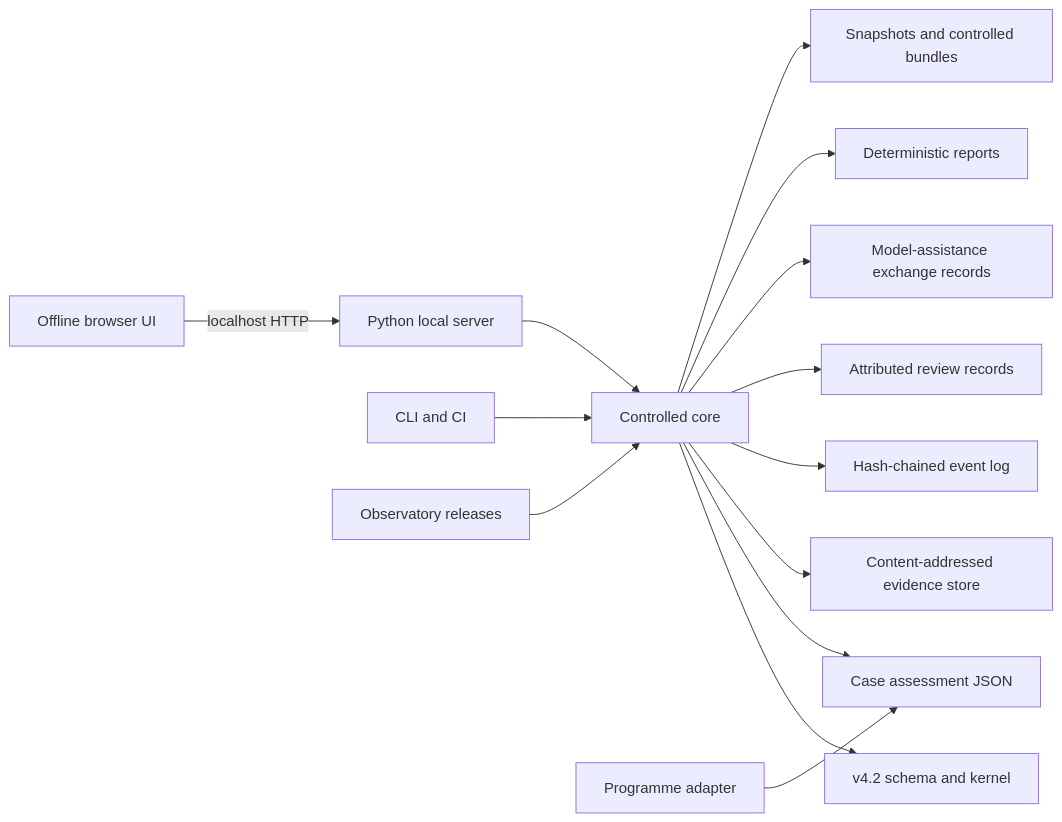
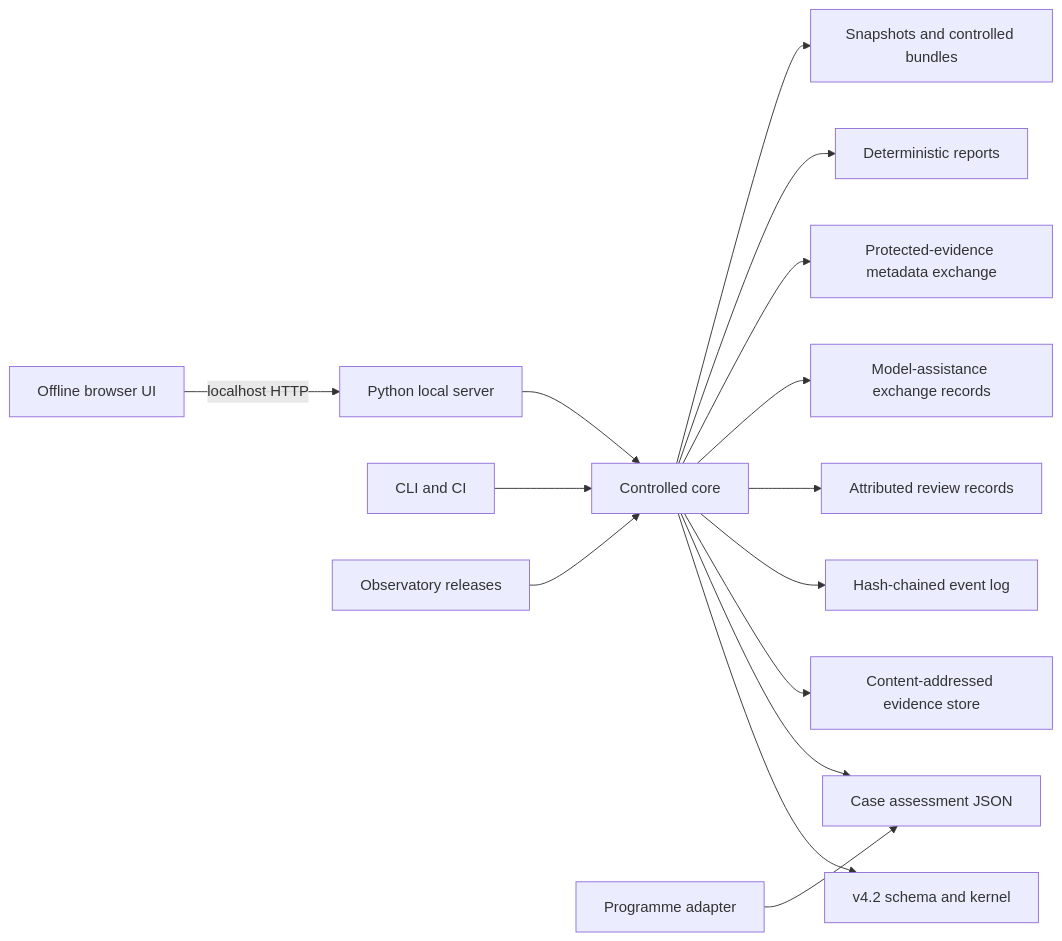
One commit to fraware/neuroai-workbench changed the diagram in docs/architecture/overview.md. Above: the diagram before and after it, drawn with Mermaid. The commit also changed other lines of this file and 12 other files, not shown here.

Commit message:
docs: define evidence exchange boundaries

````diff
--- a/docs/architecture/overview.md
+++ b/docs/architecture/overview.md
@@ -7,16 +7,17 @@
 ```mermaid
 flowchart LR
   Browser[Offline browser UI] -->|localhost HTTP| Server[Python local server]
   CLI[CLI and CI] --> Core[Controlled core]
   Server --> Core
   Core --> Schema[v4.2 schema and kernel]
   Core --> Cases[Case assessment JSON]
   Core --> Evidence[Content-addressed evidence store]
   Core --> Events[Hash-chained event log]
   Core --> Reviews[Attributed review records]
   Core --> Assistance[Model-assistance exchange records]
+  Core --> Custodian[Protected-evidence metadata exchange]
   Core --> Reports[Deterministic reports]
   Core --> Snapshots[Snapshots and controlled bundles]
   Adapter[Programme adapter] --> Cases
   Observatory[Observatory releases] --> Core
 ```
````
